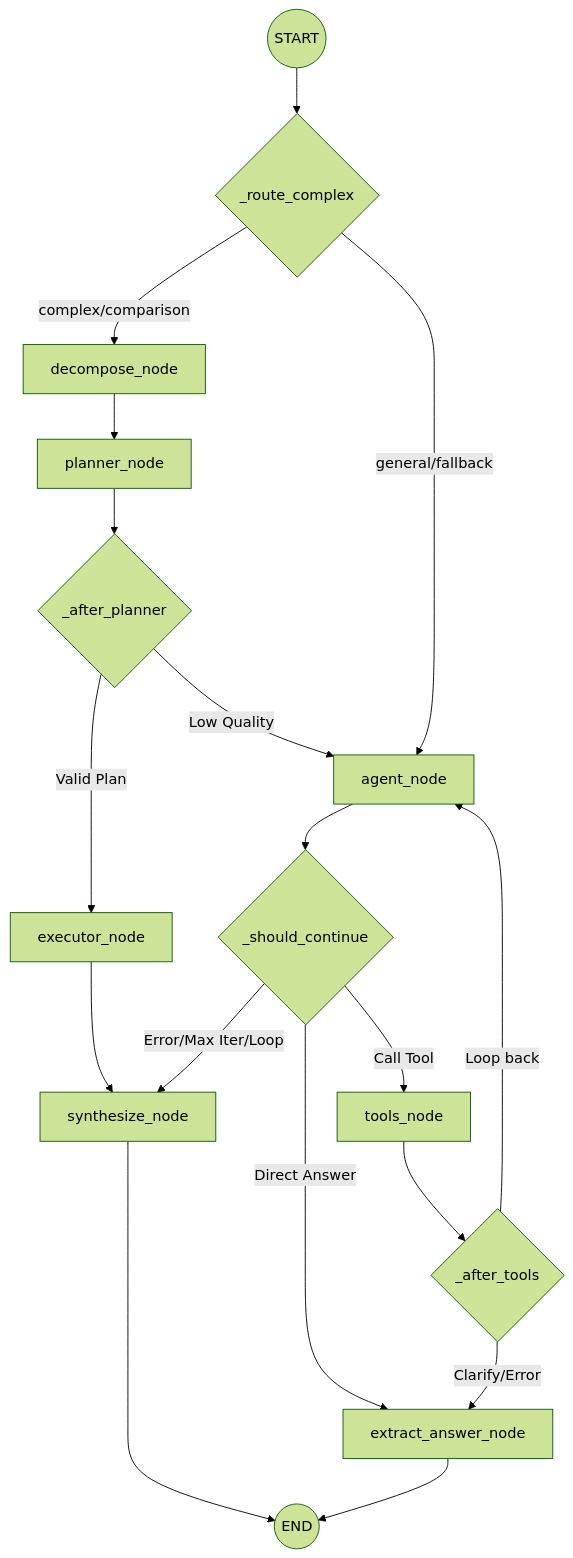
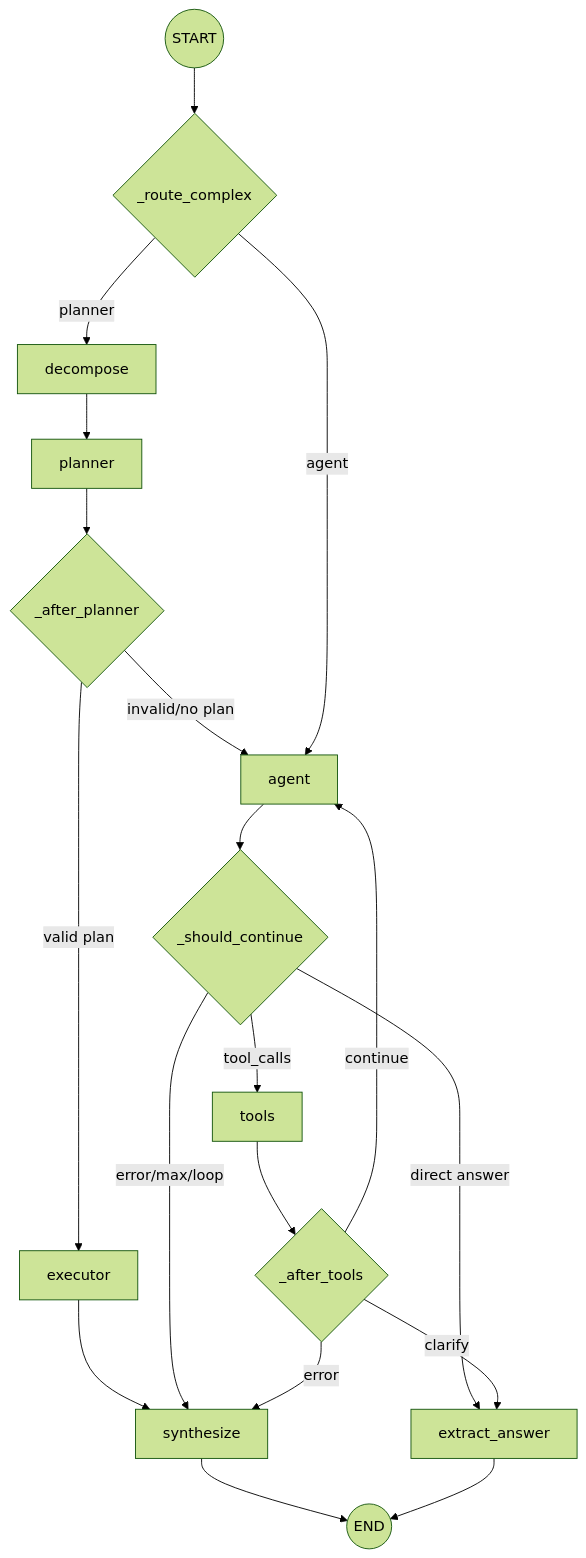
The diagram in src/RAG_v2/agent/MODULE.md (hoainam183/GR), drawn with Mermaid (forest theme) before and after one commit. The commit also changed other lines of this file and 27 other files, not shown here.

````diff
--- a/src/RAG_v2/agent/MODULE.md
+++ b/src/RAG_v2/agent/MODULE.md
@@ -40,26 +49,25 @@
 ```mermaid
 graph TD
-    START((START)) --> Router{_route_complex}
-    
-    %% Path 1: Planner-Executor
-    Router -- "complex/comparison" --> Decompose[decompose_node]
-    Decompose --> Planner[planner_node]
-    Planner --> RouteAfterPlanner{_after_planner}
-    RouteAfterPlanner -- "Valid Plan" --> Executor[executor_node]
-    RouteAfterPlanner -- "Low Quality" --> Agent[agent_node]
-    Executor --> Synthesize[synthesize_node]
-    
-    %% Path 2: ReAct Loop
-    Router -- "general/fallback" --> Agent
-    Agent --> ShouldCont{_should_continue}
-    ShouldCont -- "Call Tool" --> Tools[tools_node]
-    ShouldCont -- "Direct Answer" --> Extract[extract_answer_node]
-    ShouldCont -- "Error/Max Iter/Loop" --> Synthesize
-    
+    START((START)) --> Route{_route_complex}
+
+    Route -- planner --> Decompose[decompose]
+    Decompose --> Planner[planner]
+    Planner --> AfterPlanner{_after_planner}
+    AfterPlanner -- valid plan --> Executor[executor]
+    AfterPlanner -- invalid/no plan --> Agent[agent]
+    Executor --> Synthesize[synthesize]
+
+    Route -- agent --> Agent
+    Agent --> Continue{_should_continue}
+    Continue -- tool_calls --> Tools[tools]
+    Continue -- direct answer --> Extract[extract_answer]
+    Continue -- error/max/loop --> Synthesize
+
     Tools --> AfterTools{_after_tools}
-    AfterTools -- "Loop back" --> Agent
-    AfterTools -- "Clarify/Error" --> Extract
-    
+    AfterTools -- continue --> Agent
+    AfterTools -- error --> Synthesize
+    AfterTools -- clarify --> Extract
+
     Synthesize --> END((END))
     Extract --> END
 ```
````
